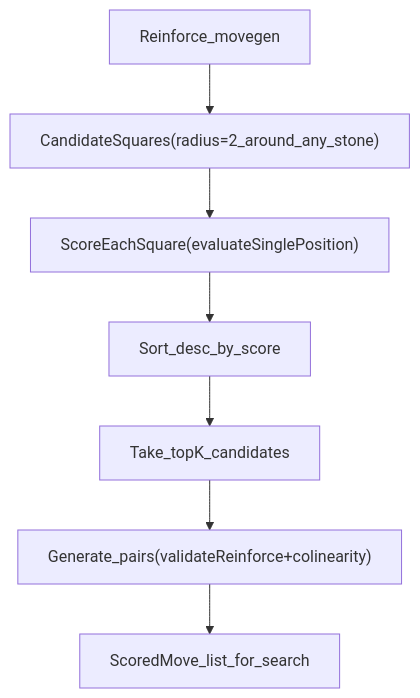
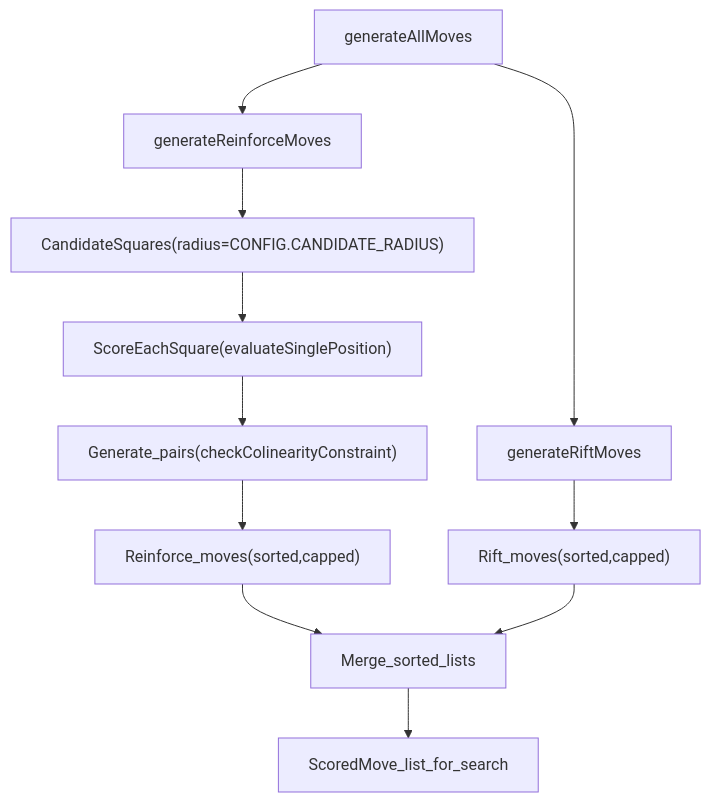
Before and after one commit to qb20nh/grr: the fourth of 12 diagrams in docs/ai_movement_strategy.md, drawn with Mermaid. The commit also changed other lines of this file and 27 other files, not shown here.

````diff
--- a/docs/ai_movement_strategy.md
+++ b/docs/ai_movement_strategy.md
@@ -80,9 +85,16 @@
 ```mermaid
 flowchart TD
-  start["Reinforce_movegen"] --> neigh["CandidateSquares(radius=2_around_any_stone)"]
+  start["generateAllMoves"] --> reinforce["generateReinforceMoves"]
+  start --> rift["generateRiftMoves"]
+
+  reinforce --> neigh["CandidateSquares(radius=CONFIG.CANDIDATE_RADIUS)"]
   neigh --> score["ScoreEachSquare(evaluateSinglePosition)"]
-  score --> sort["Sort_desc_by_score"]
-  sort --> top["Take_topK_candidates"]
-  top --> pair["Generate_pairs(validateReinforce+colinearity)"]
-  pair --> out["ScoredMove_list_for_search"]
+  score --> pair["Generate_pairs(checkColinearityConstraint)"]
+  pair --> outR["Reinforce_moves(sorted,capped)"]
+
+  rift --> outF["Rift_moves(sorted,capped)"]
+
+  outR --> merge["Merge_sorted_lists"]
+  outF --> merge
+  merge --> out["ScoredMove_list_for_search"]
 ```
````
